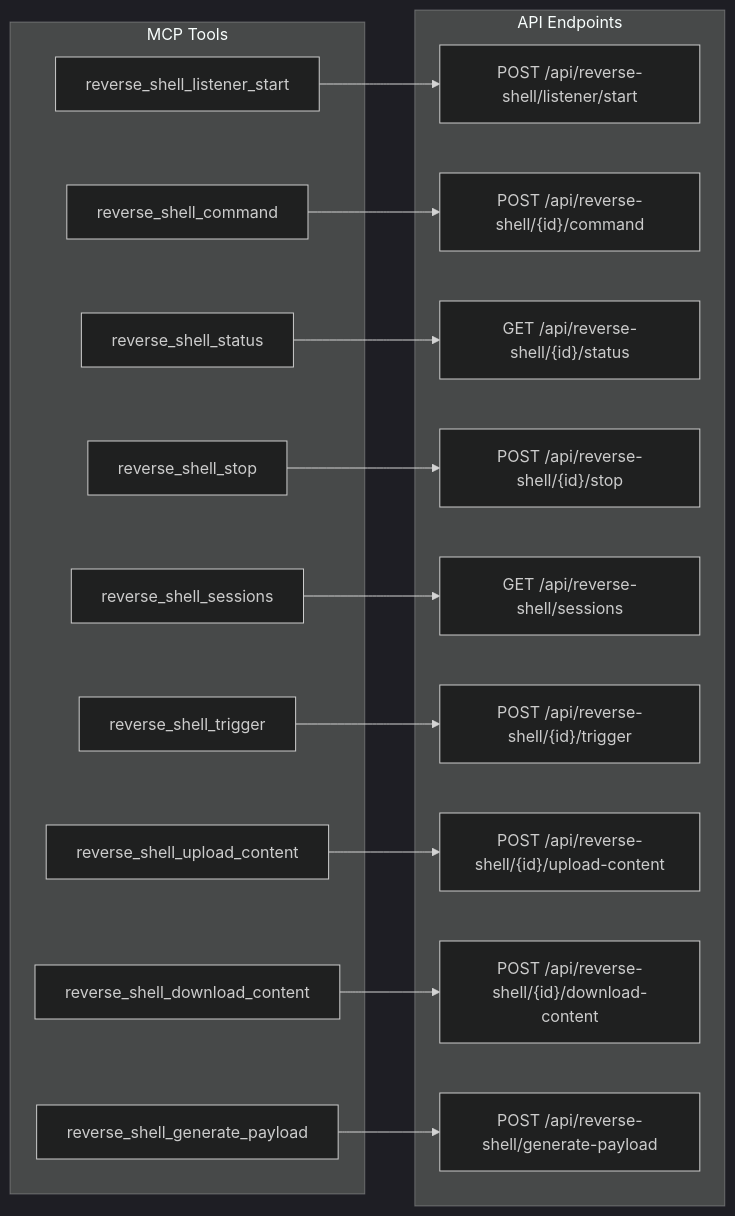
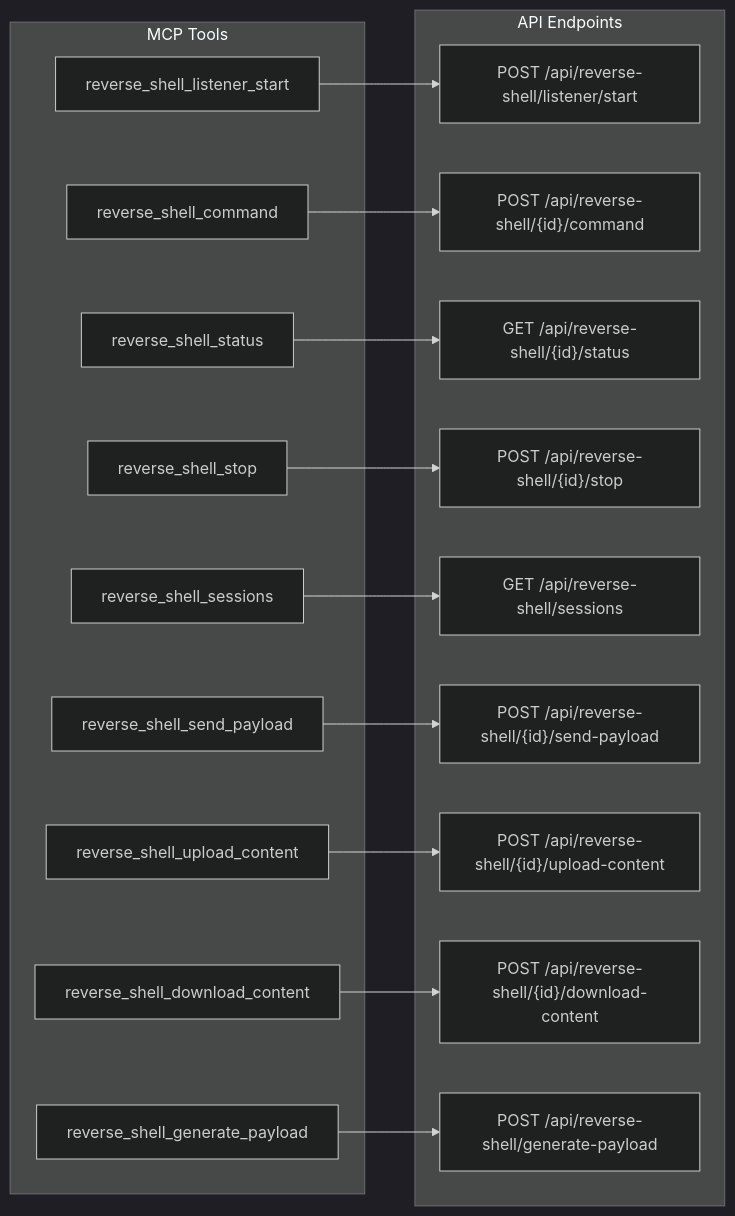
Before and after one commit to sh4faq/MCP-Kali-Server: the second of 14 diagrams in doc/REVERSE_SHELL_MANAGER.md, drawn with Mermaid (dark theme). The commit also changed other lines of this file and 6 other files, not shown here.

First line of the commit message:
✨ Rename trigger action to send payload in reverse shell API

````diff
--- a/doc/REVERSE_SHELL_MANAGER.md
+++ b/doc/REVERSE_SHELL_MANAGER.md
@@ -60,37 +60,37 @@
 ```mermaid
 flowchart LR
     subgraph "MCP Tools"
         T1[reverse_shell_listener_start]
         T2[reverse_shell_command]
         T3[reverse_shell_status]
         T4[reverse_shell_stop]
         T5[reverse_shell_sessions]
-        T6[reverse_shell_trigger]
+        T6[reverse_shell_send_payload]
         T7[reverse_shell_upload_content]
         T8[reverse_shell_download_content]
         T9[reverse_shell_generate_payload]
     end
     
     subgraph "API Endpoints"
         A1["POST /api/reverse-shell/listener/start"]
         A2["POST /api/reverse-shell/{id}/command"]
         A3["GET /api/reverse-shell/{id}/status"]
         A4["POST /api/reverse-shell/{id}/stop"]
         A5["GET /api/reverse-shell/sessions"]
-        A6["POST /api/reverse-shell/{id}/trigger"]
+        A6["POST /api/reverse-shell/{id}/send-payload"]
         A7["POST /api/reverse-shell/{id}/upload-content"]
         A8["POST /api/reverse-shell/{id}/download-content"]
         A9["POST /api/reverse-shell/generate-payload"]
     end
     
     T1 --> A1
     T2 --> A2
     T3 --> A3
     T4 --> A4
     T5 --> A5
     T6 --> A6
     T7 --> A7
     T8 --> A8
     T9 --> A9
 
 ```
````
